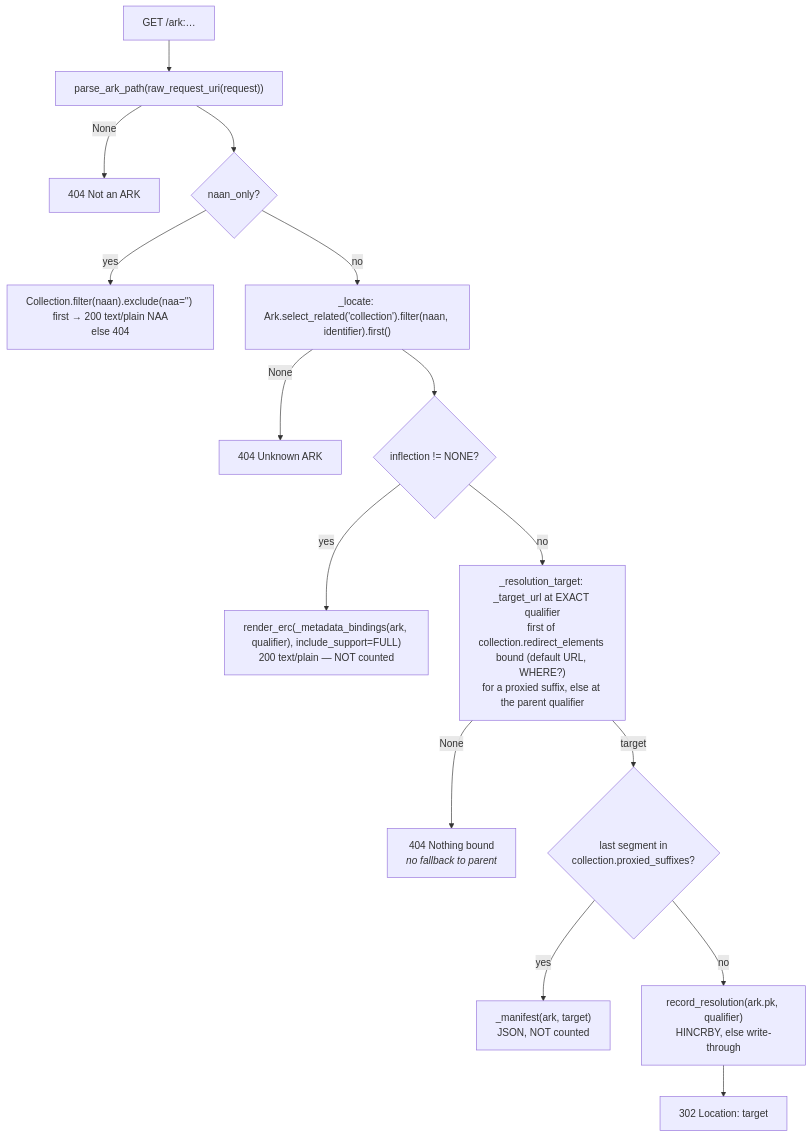
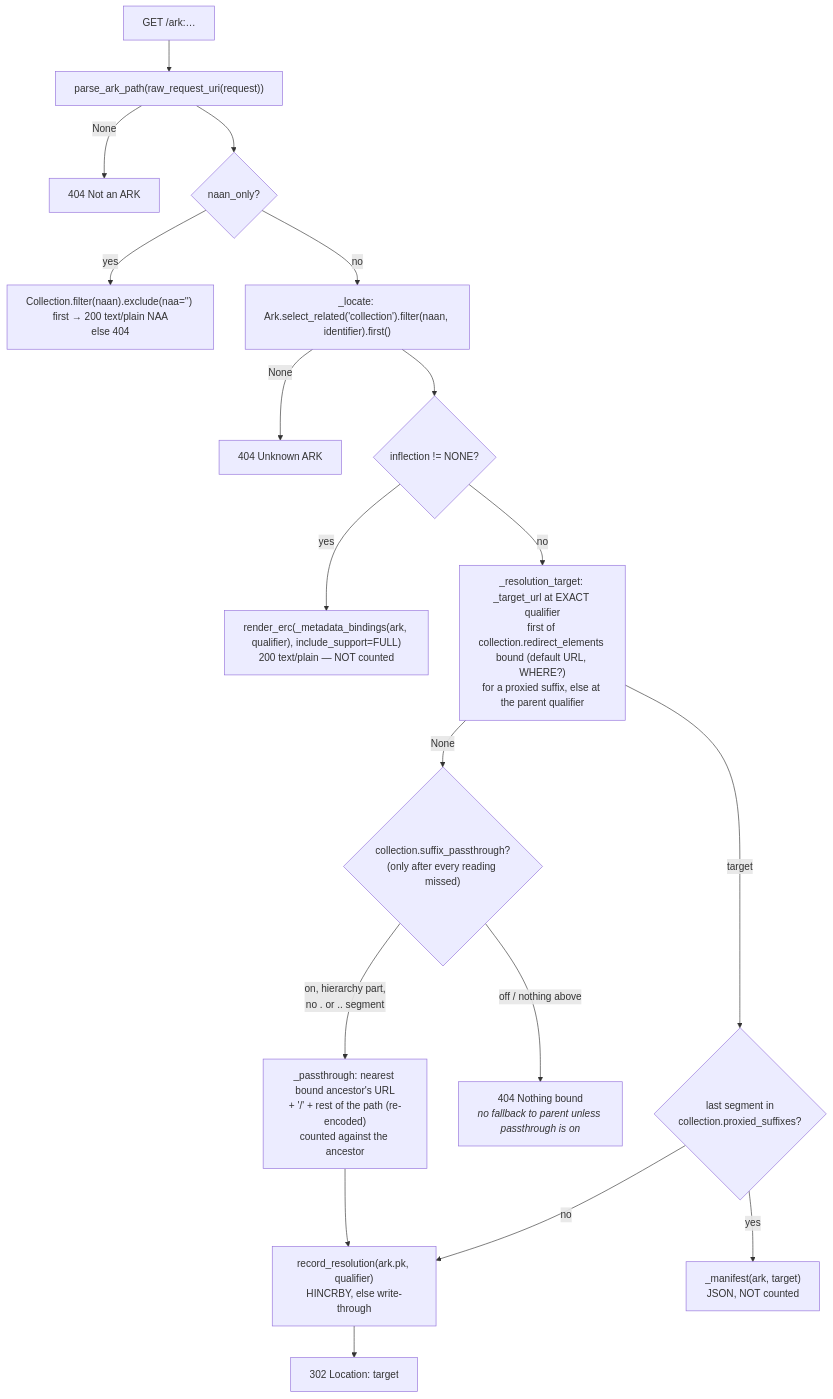
The fourth of 13 diagrams in docs/GUIDES.md (digitalutsc/arks-service), drawn with Mermaid before and after one commit. The commit also changed other lines of this file and 15 other files, not shown here.

````diff
--- a/docs/GUIDES.md
+++ b/docs/GUIDES.md
@@ -437,17 +437,20 @@
 ```mermaid
 flowchart TD
     A["GET /ark:…"] --> B["parse_ark_path(raw_request_uri(request))"]
     B -->|None| X404a["404 Not an ARK"]
     B --> C{"naan_only?"}
     C -->|yes| D["Collection.filter(naan).exclude(naa='') first → 200 text/plain NAA<br/>else 404"]
     C -->|no| E["_locate: Ark.select_related('collection').filter(naan, identifier).first()"]
     E -->|None| X404b["404 Unknown ARK"]
     E --> F{"inflection != NONE?"}
     F -->|yes| G["render_erc(_metadata_bindings(ark, qualifier), include_support=FULL)<br/>200 text/plain — NOT counted"]
     F -->|no| I["_resolution_target: _target_url at EXACT qualifier<br/>first of collection.redirect_elements bound (default URL, WHERE?)<br/>for a proxied suffix, else at the parent qualifier"]
-    I -->|None| X404c["404 Nothing bound<br/><i>no fallback to parent</i>"]
+    I -->|None| SPT{"collection.suffix_passthrough?<br/>(only after every reading missed)"}
+    SPT -->|"on, hierarchy part,<br/>no . or .. segment"| P["_passthrough: nearest bound ancestor's URL<br/>+ '/' + rest of the path (re-encoded)<br/>counted against the ancestor"]
+    P --> J
+    SPT -->|off / nothing above| X404c["404 Nothing bound<br/><i>no fallback to parent unless passthrough is on</i>"]
     I -->|target| H{"last segment in<br/>collection.proxied_suffixes?"}
     H -->|yes| M["_manifest(ark, target)<br/>JSON, NOT counted"]
     H -->|no| J["record_resolution(ark.pk, qualifier)<br/>HINCRBY, else write-through"]
     J --> K["302 Location: target"]
 ```
````
